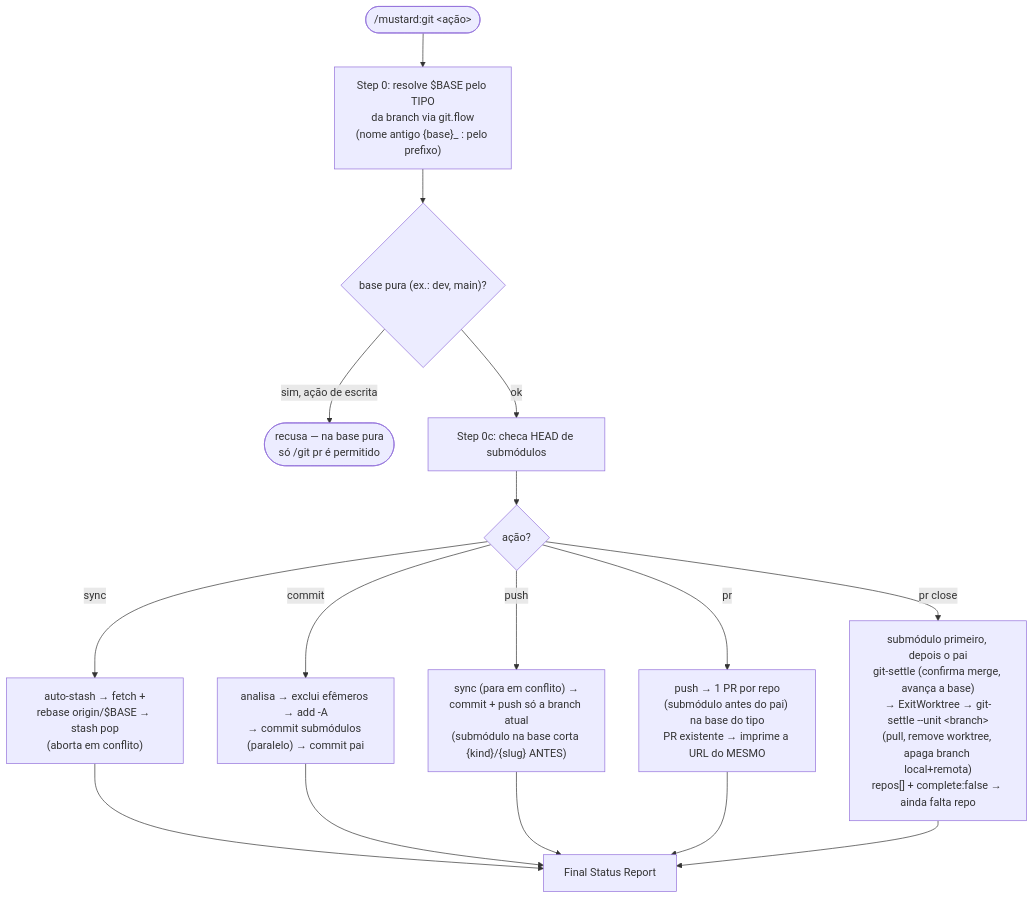
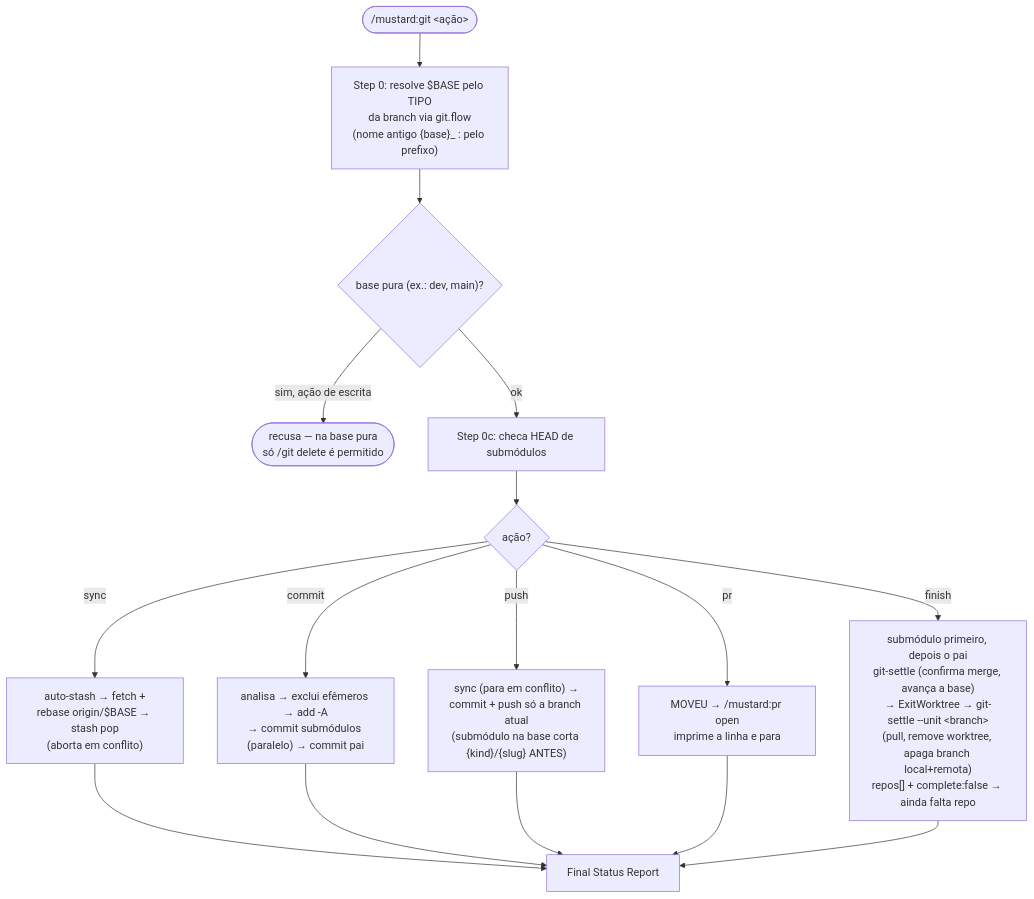
One commit to rubensrpj/mustard changed diagram 11 of 12 in MUSTARD-COMMANDS.md. Above: the diagram before and after it, drawn with Mermaid. The commit also changed other lines of this file and 12 other files, not shown here.

````diff
--- a/MUSTARD-COMMANDS.md
+++ b/MUSTARD-COMMANDS.md
@@ -433,20 +439,20 @@
 ```mermaid
 flowchart TD
     start(["/mustard:git &lt;ação&gt;"]) --> s0["Step 0: resolve $BASE pelo TIPO<br/>da branch via git.flow<br/>(nome antigo {base}_ : pelo prefixo)"]
     s0 --> prot{"base pura (ex.: dev, main)?"}
-    prot -->|"sim, ação de escrita"| refuse(["recusa — na base pura<br/>só /git pr é permitido"])
+    prot -->|"sim, ação de escrita"| refuse(["recusa — na base pura<br/>só /git delete é permitido"])
     prot -->|ok| sub["Step 0c: checa HEAD de submódulos"]
 
     sub --> action{"ação?"}
     action -->|sync| sync["auto-stash → fetch +<br/>rebase origin/$BASE → stash pop<br/>(aborta em conflito)"]
     action -->|commit| commit["analisa → exclui efêmeros → add -A<br/>→ commit submódulos (paralelo) → commit pai"]
     action -->|push| push["sync (para em conflito) →<br/>commit + push só a branch atual<br/>(submódulo na base corta {kind}/{slug} ANTES)"]
-    action -->|pr| pr["push → 1 PR por repo<br/>(submódulo antes do pai) na base do tipo<br/>PR existente → imprime a URL do MESMO"]
-    action -->|"pr close"| settle["submódulo primeiro, depois o pai<br/>git-settle (confirma merge, avança a base)<br/>→ ExitWorktree → git-settle --unit &lt;branch&gt;<br/>(pull, remove worktree, apaga branch local+remota)<br/>repos[] + complete:false → ainda falta repo"]
+    action -->|pr| pr["MOVEU → /mustard:pr open<br/>imprime a linha e para"]
+    action -->|finish| settle["submódulo primeiro, depois o pai<br/>git-settle (confirma merge, avança a base)<br/>→ ExitWorktree → git-settle --unit &lt;branch&gt;<br/>(pull, remove worktree, apaga branch local+remota)<br/>repos[] + complete:false → ainda falta repo"]
 
     sync --> reportx["Final Status Report"]
     commit --> reportx
     push --> reportx
     pr --> reportx
     settle --> reportx
 ```
````
